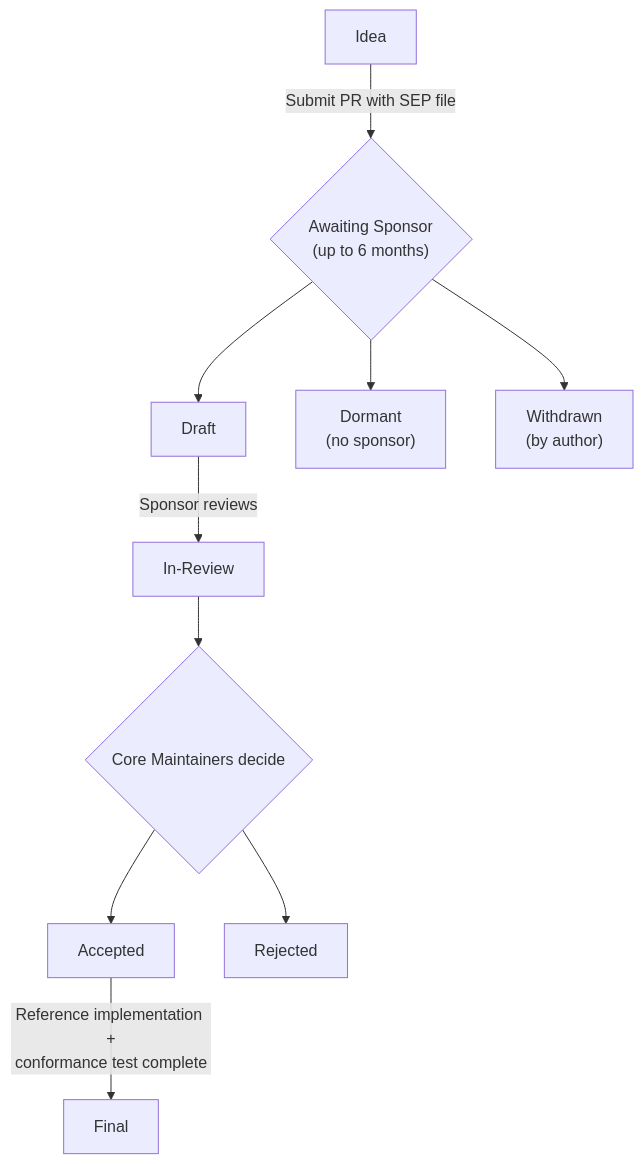
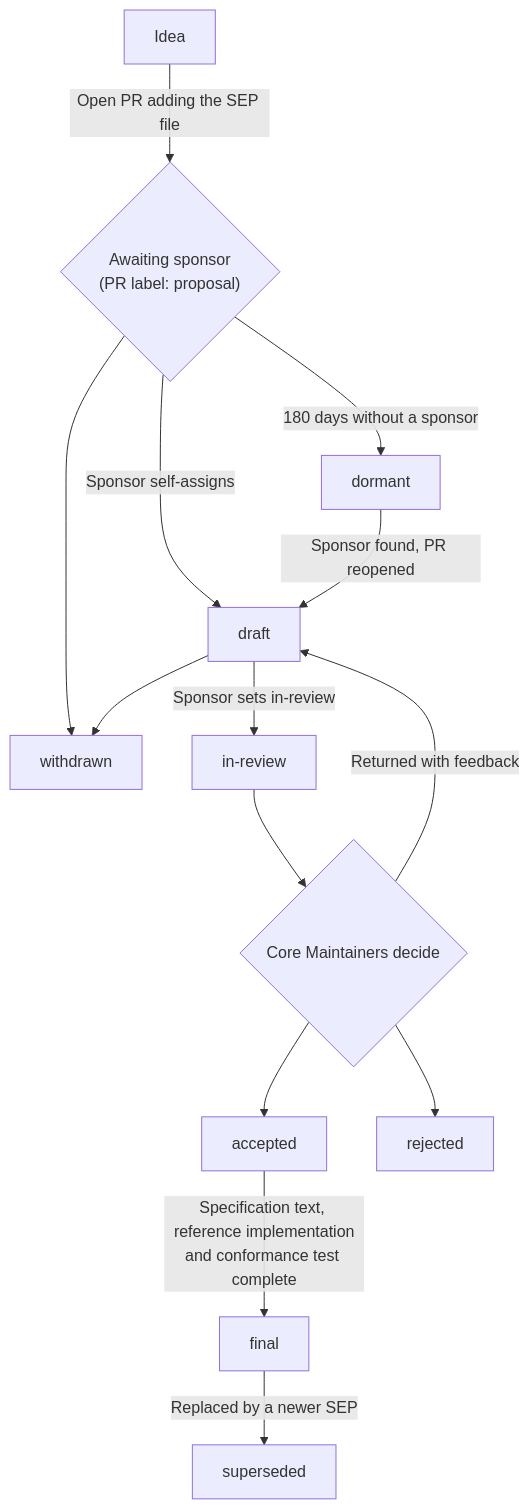
The diagram in agent-frameworks/mcp/pages/community/sep-guidelines.md (Eyre921/ofiicial-developer-docs), drawn with Mermaid before and after one commit. The commit also changed other lines of this file and 324 other files, not shown here.

````diff
--- a/agent-frameworks/mcp/pages/community/sep-guidelines.md
+++ b/agent-frameworks/mcp/pages/community/sep-guidelines.md
@@ -50,23 +39,28 @@
 ```mermaid theme={null}
 flowchart TD
     Idea["Idea"]
-    AwaitingSponsor{"Awaiting Sponsor<br/>(up to 6 months)"}
-    Draft["Draft"]
-    Dormant["Dormant<br/>(no sponsor)"]
-    Withdrawn["Withdrawn<br/>(by author)"]
-    InReview["In-Review"]
+    Awaiting{"Awaiting sponsor<br/>(PR label: proposal)"}
+    Draft["draft"]
+    Dormant["dormant"]
+    Withdrawn["withdrawn"]
+    InReview["in-review"]
     Decision{"Core Maintainers decide"}
-    Accepted["Accepted"]
-    Rejected["Rejected"]
-    Final["Final"]
+    Accepted["accepted"]
+    Rejected["rejected"]
+    Final["final"]
+    Superseded["superseded"]
 
-    Idea -->|"Submit PR with SEP file"| AwaitingSponsor
-    AwaitingSponsor --> Draft
-    AwaitingSponsor --> Dormant
-    AwaitingSponsor --> Withdrawn
-    Draft -->|"Sponsor reviews"| InReview
+    Idea -->|"Open PR adding the SEP file"| Awaiting
+    Awaiting -->|"Sponsor self-assigns"| Draft
+    Awaiting -->|"180 days without a sponsor"| Dormant
+    Dormant -->|"Sponsor found, PR reopened"| Draft
+    Awaiting --> Withdrawn
+    Draft --> Withdrawn
+    Draft -->|"Sponsor sets in-review"| InReview
     InReview --> Decision
     Decision --> Accepted
     Decision --> Rejected
-    Accepted -->|"Reference implementation +<br/>conformance test complete"| Final
+    Decision -->|"Returned with feedback"| Draft
+    Accepted -->|"Specification text, reference implementation<br/>and conformance test complete"| Final
+    Final -->|"Replaced by a newer SEP"| Superseded
 ```
````
